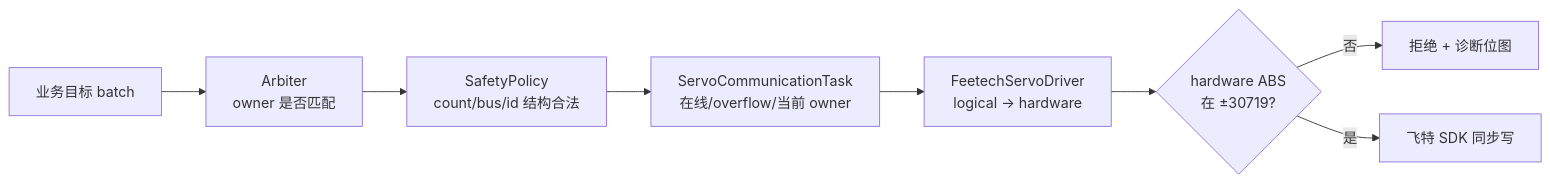
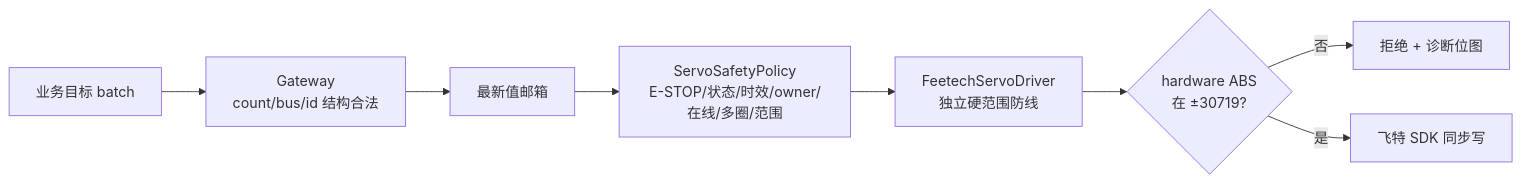
One commit to mm-hand/mmhand-core-software changed the fourth of 10 diagrams in ESP32-P4/ServoBoardMain/docs/P4_固件架构重构说明_20260731.md. Above: the diagram before and after it, drawn with Mermaid. The commit also changed other lines of this file and 99 other files, not shown here.

Commit message:
refactor(p4): establish architecture and safety boundaries

````diff
--- a/ESP32-P4/ServoBoardMain/docs/P4_固件架构重构说明_20260731.md
+++ b/ESP32-P4/ServoBoardMain/docs/P4_固件架构重构说明_20260731.md
@@ -212,10 +219,10 @@
 ```mermaid
 flowchart LR
-    A["业务目标 batch"] --> B["Arbiter<br/>owner 是否匹配"]
-    B --> C["SafetyPolicy<br/>count/bus/id 结构合法"]
-    C --> D["ServoCommunicationTask<br/>在线/overflow/当前 owner"]
-    D --> E["FeetechServoDriver<br/>logical -> hardware"]
+    A["业务目标 batch"] --> B["Gateway<br/>count/bus/id 结构合法"]
+    B --> C["最新值邮箱"]
+    C --> D["ServoSafetyPolicy<br/>E-STOP/状态/时效/owner/在线/多圈/范围"]
+    D --> E["FeetechServoDriver<br/>独立硬范围防线"]
     E --> F{"hardware ABS<br/>在 ±30719?"}
     F -- 否 --> G["拒绝 + 诊断位图"]
     F -- 是 --> H["飞特 SDK 同步写"]
 ```
````
